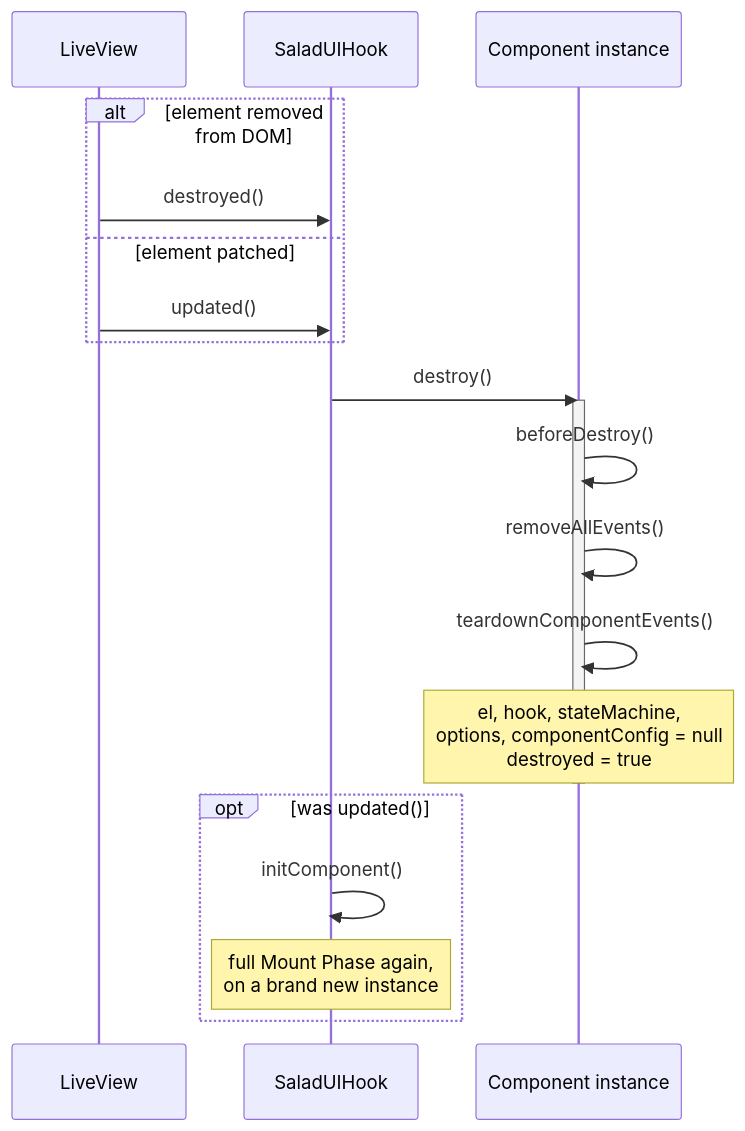
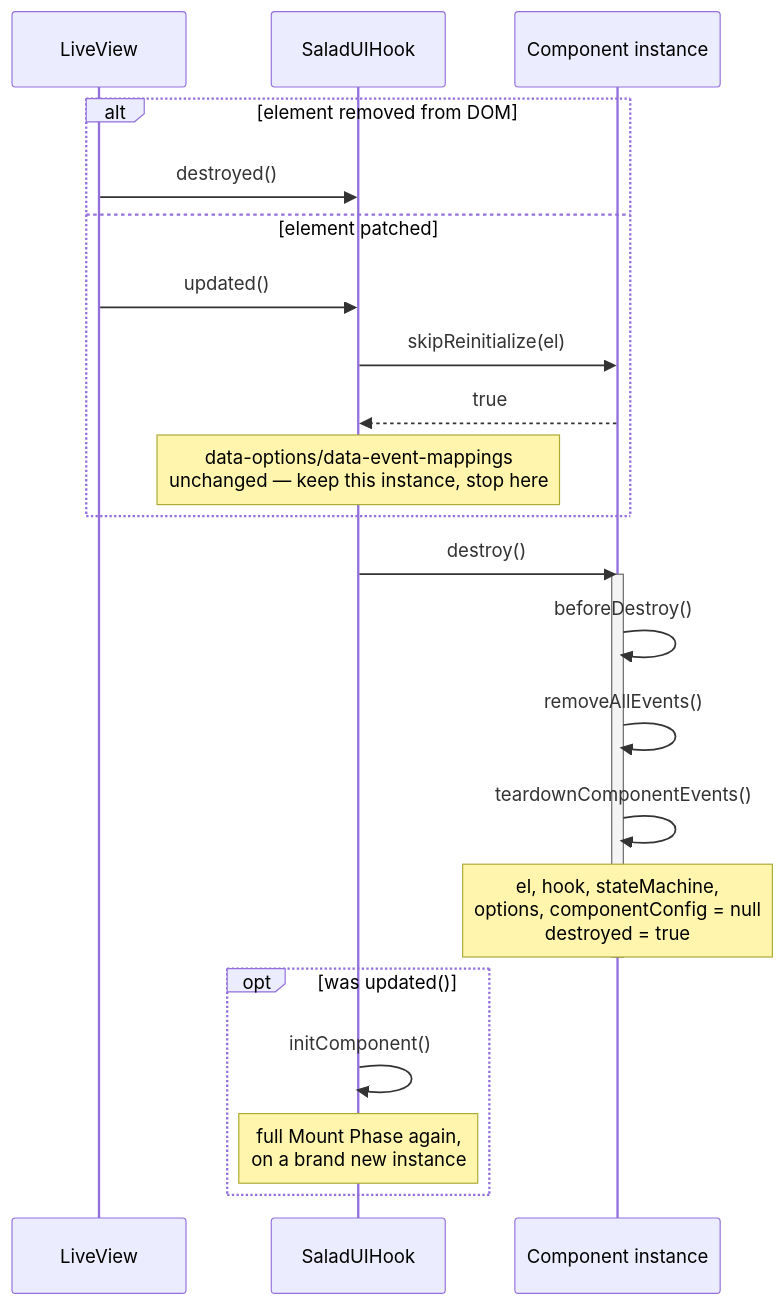
The third of 3 diagrams in docs/component_lifecycle.md (bluzky/salad_ui), drawn with Mermaid before and after one commit. The commit also changed other lines of this file and 23 other files, not shown here.

````diff
--- a/docs/component_lifecycle.md
+++ b/docs/component_lifecycle.md
@@ -154,25 +174,28 @@
 ```mermaid
 sequenceDiagram
     participant LV as LiveView
     participant Hook as SaladUIHook
     participant C as Component instance
 
     alt element removed from DOM
         LV->>Hook: destroyed()
     else element patched
         LV->>Hook: updated()
+        Hook->>C: skipReinitialize(el)
+        C-->>Hook: true
+        Note over Hook: data-options/data-event-mappings<br/>unchanged — keep this instance, stop here
     end
 
     Hook->>C: destroy()
     activate C
     C->>C: beforeDestroy()
     C->>C: removeAllEvents()
     C->>C: teardownComponentEvents()
     Note over C: el, hook, stateMachine,<br/>options, componentConfig = null<br/>destroyed = true
     deactivate C
 
     opt was updated()
         Hook->>Hook: initComponent()
         Note over Hook: full Mount Phase again,<br/>on a brand new instance
     end
 ```
````
